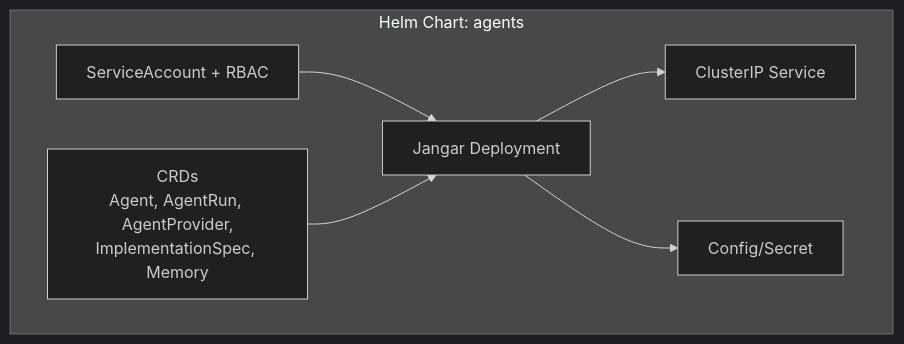
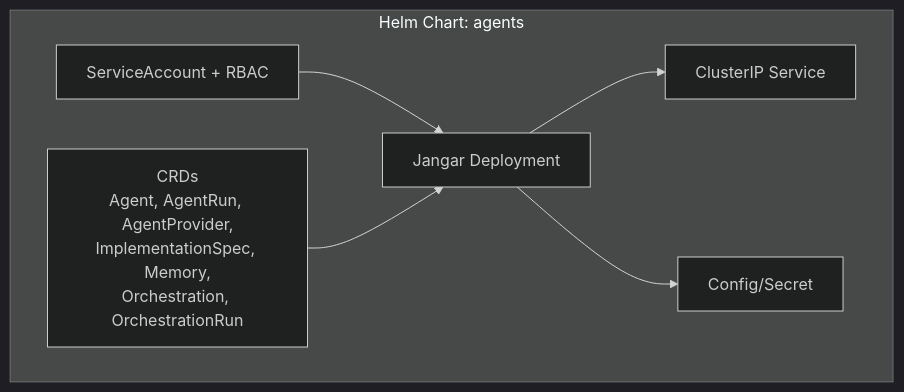
One commit to proompteng/lab changed the first of 4 diagrams in docs/agents/agents-helm-chart-design.md. Above: the diagram before and after it, drawn with Mermaid (dark theme). The commit also changed other lines of this file and 21 other files, not shown here.

````diff
--- a/docs/agents/agents-helm-chart-design.md
+++ b/docs/agents/agents-helm-chart-design.md
@@ -56,14 +56,14 @@
 ```mermaid
 graph TD
   subgraph Helm Chart: agents
-    CRDs[CRDs<br/>Agent, AgentRun, AgentProvider,<br/>ImplementationSpec, Memory]
+    CRDs[CRDs<br/>Agent, AgentRun, AgentProvider,<br/>ImplementationSpec, Memory,<br/>Orchestration, OrchestrationRun]
     Deploy[Jangar Deployment]
     Svc[ClusterIP Service]
     SA[ServiceAccount + RBAC]
     Cfg[Config/Secret]
   end
   Deploy --> Svc
   Deploy --> Cfg
   SA --> Deploy
   CRDs --> Deploy
 ```
````
